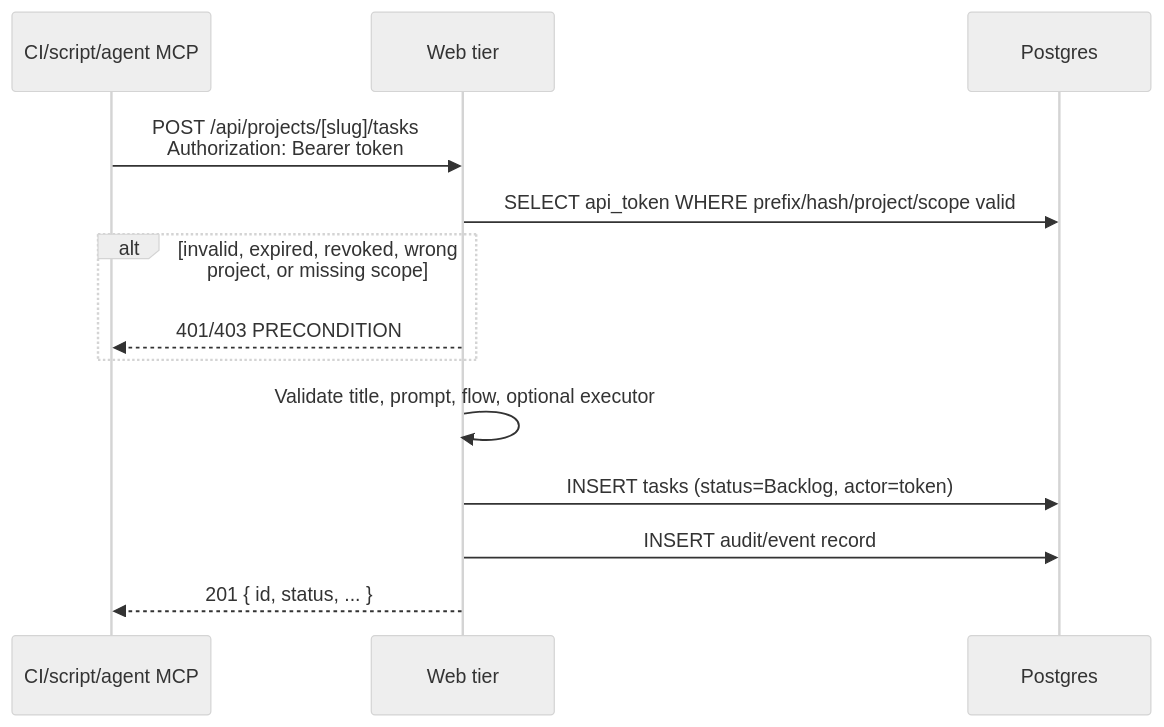
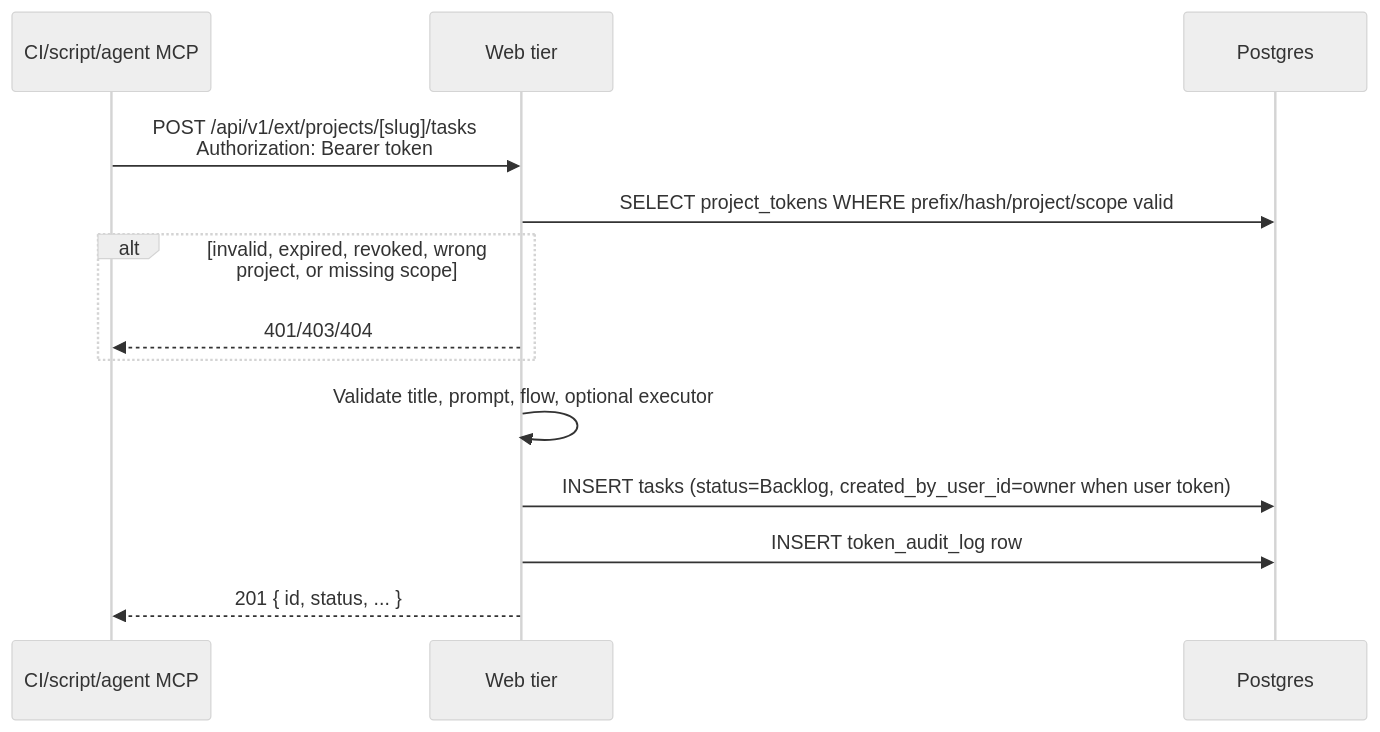
One commit to maister-dev/maister changed the third of 6 diagrams in docs/system-analytics/tasks.md. Above: the diagram before and after it, drawn with Mermaid (neutral theme). The commit also changed other lines of this file and 56 other files, not shown here.

First line of the commit message:
feat(tokens): add scoped user-owned project tokens

````diff
--- a/docs/system-analytics/tasks.md
+++ b/docs/system-analytics/tasks.md
@@ -87,16 +87,16 @@
 ```mermaid
 sequenceDiagram
     participant EXT as CI/script/agent MCP
     participant W as Web tier
     participant DB as Postgres
 
-    EXT->>W: POST /api/projects/[slug]/tasks<br/>Authorization: Bearer token
-    W->>DB: SELECT api_token WHERE prefix/hash/project/scope valid
+    EXT->>W: POST /api/v1/ext/projects/[slug]/tasks<br/>Authorization: Bearer token
+    W->>DB: SELECT project_tokens WHERE prefix/hash/project/scope valid
     alt invalid, expired, revoked, wrong project, or missing scope
-        W-->>EXT: 401/403 PRECONDITION
+        W-->>EXT: 401/403/404
     end
     W->>W: Validate title, prompt, flow, optional executor
-    W->>DB: INSERT tasks (status=Backlog, actor=token)
-    W->>DB: INSERT audit/event record
+    W->>DB: INSERT tasks (status=Backlog, created_by_user_id=owner when user token)
+    W->>DB: INSERT token_audit_log row
     W-->>EXT: 201 { id, status, ... }
 ```
````
